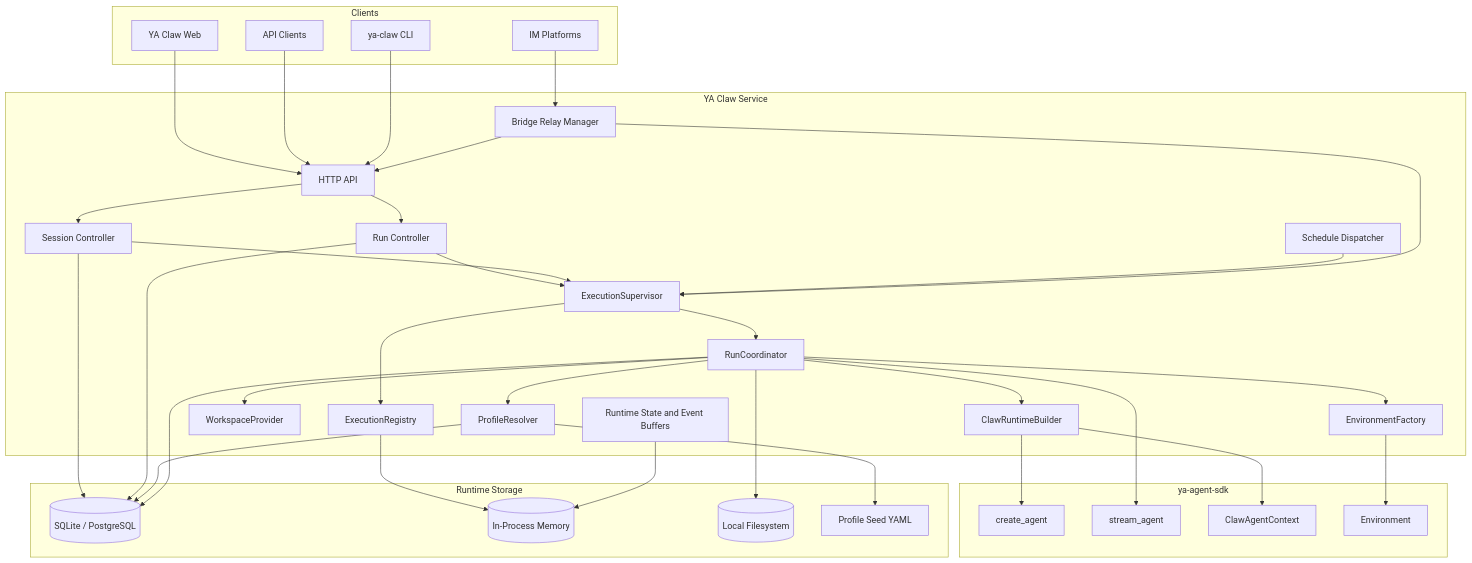
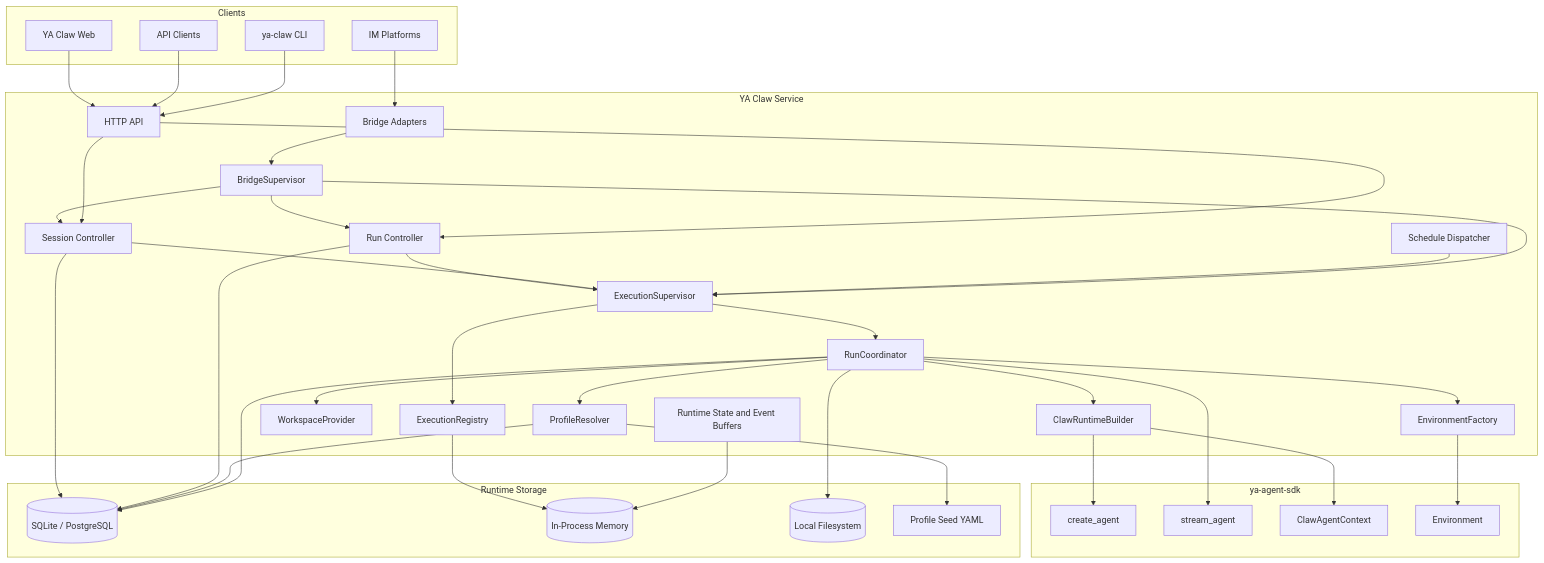
Before and after one commit to Wh1isper/ya-mono: the diagram in packages/ya-claw/spec/00-overview.md, drawn with Mermaid. The commit also changed other lines of this file and 59 other files, not shown here.

````diff
--- a/packages/ya-claw/spec/00-overview.md
+++ b/packages/ya-claw/spec/00-overview.md
@@ -43,72 +44,75 @@
 ```mermaid
 flowchart TB
     subgraph Clients
         WEB[YA Claw Web]
         API_CLIENT[API Clients]
         CLI[ya-claw CLI]
         IM[IM Platforms]
     end
 
     subgraph Runtime[YA Claw Service]
         API[HTTP API]
         SESS[Session Controller]
         RUNS[Run Controller]
         SUP[ExecutionSupervisor]
         REG[ExecutionRegistry]
         BUF[Runtime State and Event Buffers]
         PROF[ProfileResolver]
         PROJ[WorkspaceProvider]
         ENVF[EnvironmentFactory]
         BUILD[ClawRuntimeBuilder]
         COORD[RunCoordinator]
         SCHED[Schedule Dispatcher]
-        BRIDGE[Bridge Relay Manager]
+        BRIDGE[BridgeSupervisor]
+        BADAPT[Bridge Adapters]
     end
 
     subgraph SDK[ya-agent-sdk]
         AGENT[create_agent]
         STREAM[stream_agent]
         CTX[ClawAgentContext]
         ENV[Environment]
     end
 
     subgraph Storage[Runtime Storage]
         SQL[(SQLite / PostgreSQL)]
         MEM[(In-Process Memory)]
         FS[(Local Filesystem)]
         YAML[Profile Seed YAML]
     end
 
     WEB --> API
     API_CLIENT --> API
     CLI --> API
-    IM --> BRIDGE
-    BRIDGE --> API
+    IM --> BADAPT
+    BADAPT --> BRIDGE
+    BRIDGE --> SESS
+    BRIDGE --> RUNS
 
     API --> SESS
     API --> RUNS
     SESS --> SQL
     RUNS --> SQL
     RUNS --> SUP
     SESS --> SUP
     SCHED --> SUP
     BRIDGE --> SUP
 
     SUP --> REG
     SUP --> COORD
     COORD --> PROF
     PROF --> SQL
     PROF --> YAML
     COORD --> PROJ
     COORD --> ENVF
     COORD --> BUILD
     BUILD --> CTX
     BUILD --> AGENT
     COORD --> STREAM
     ENVF --> ENV
 
     COORD --> SQL
     COORD --> FS
     REG --> MEM
     BUF --> MEM
 ```
````
